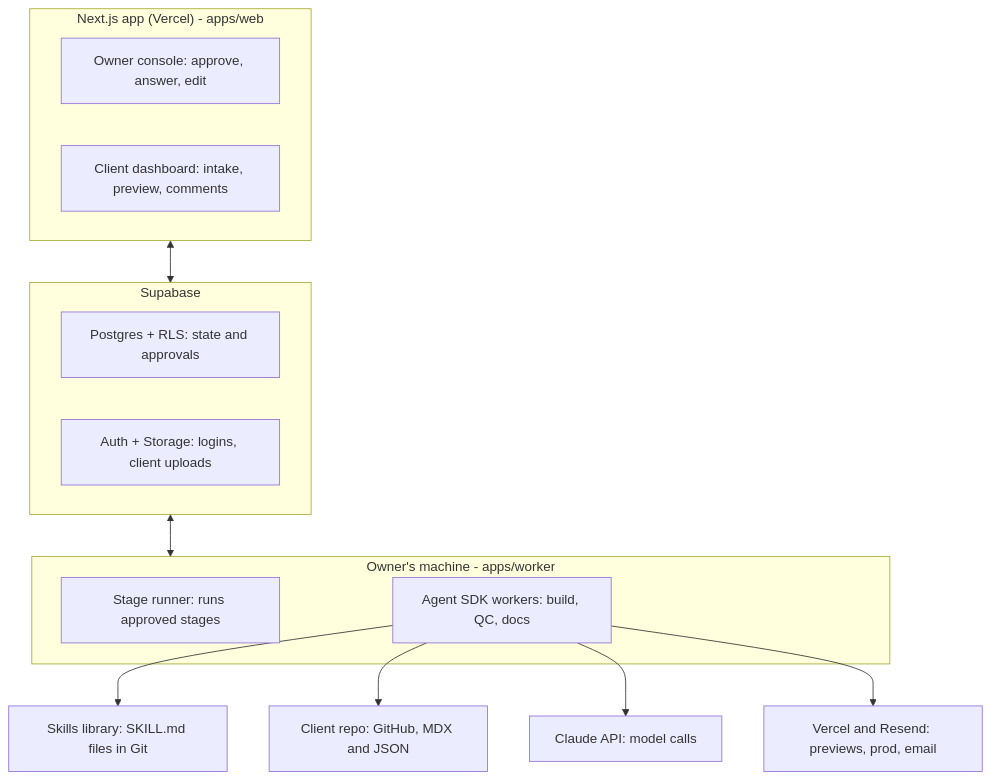
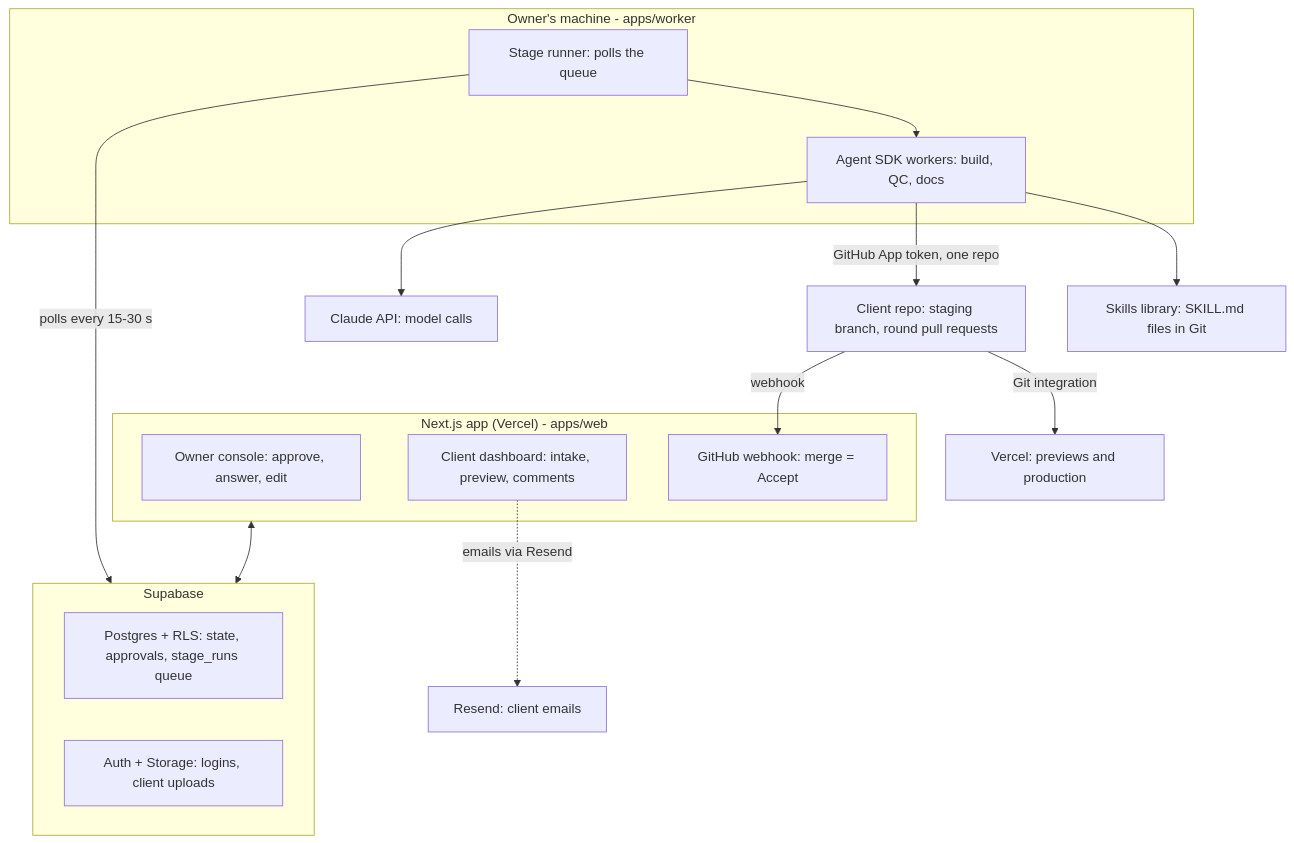
The diagram in docs/spec/02-architecture.md (ajp99/webdev-pipeline-engine), drawn with Mermaid before and after one commit. The commit also changed other lines of this file and 20 other files, not shown here.

````diff
--- a/docs/spec/02-architecture.md
+++ b/docs/spec/02-architecture.md
@@ -7,21 +7,25 @@
 ```mermaid
 flowchart TB
   subgraph vercel["Next.js app (Vercel) - apps/web"]
     owner["Owner console: approve, answer, edit"]
     client["Client dashboard: intake, preview, comments"]
+    hook["GitHub webhook: merge = Accept"]
   end
   subgraph supabase["Supabase"]
-    pg["Postgres + RLS: state and approvals"]
+    pg["Postgres + RLS: state, approvals, stage_runs queue"]
     auth["Auth + Storage: logins, client uploads"]
   end
   subgraph machine["Owner's machine - apps/worker"]
-    runner["Stage runner: runs approved stages"]
+    runner["Stage runner: polls the queue"]
     workers["Agent SDK workers: build, QC, docs"]
   end
   vercel <--> supabase
-  supabase <--> machine
+  runner -->|"polls every 15-30 s"| supabase
+  runner --> workers
   workers --> skills["Skills library: SKILL.md files in Git"]
-  workers --> repo["Client repo: GitHub, MDX and JSON"]
+  workers -->|"GitHub App token, one repo"| repo["Client repo: staging branch, round pull requests"]
   workers --> api["Claude API: model calls"]
-  workers --> deploy["Vercel and Resend: previews, prod, email"]
+  repo -->|"Git integration"| deploy["Vercel: previews and production"]
+  repo -->|"webhook"| hook
+  client -.->|"emails via Resend"| mail["Resend: client emails"]
 ```
````
